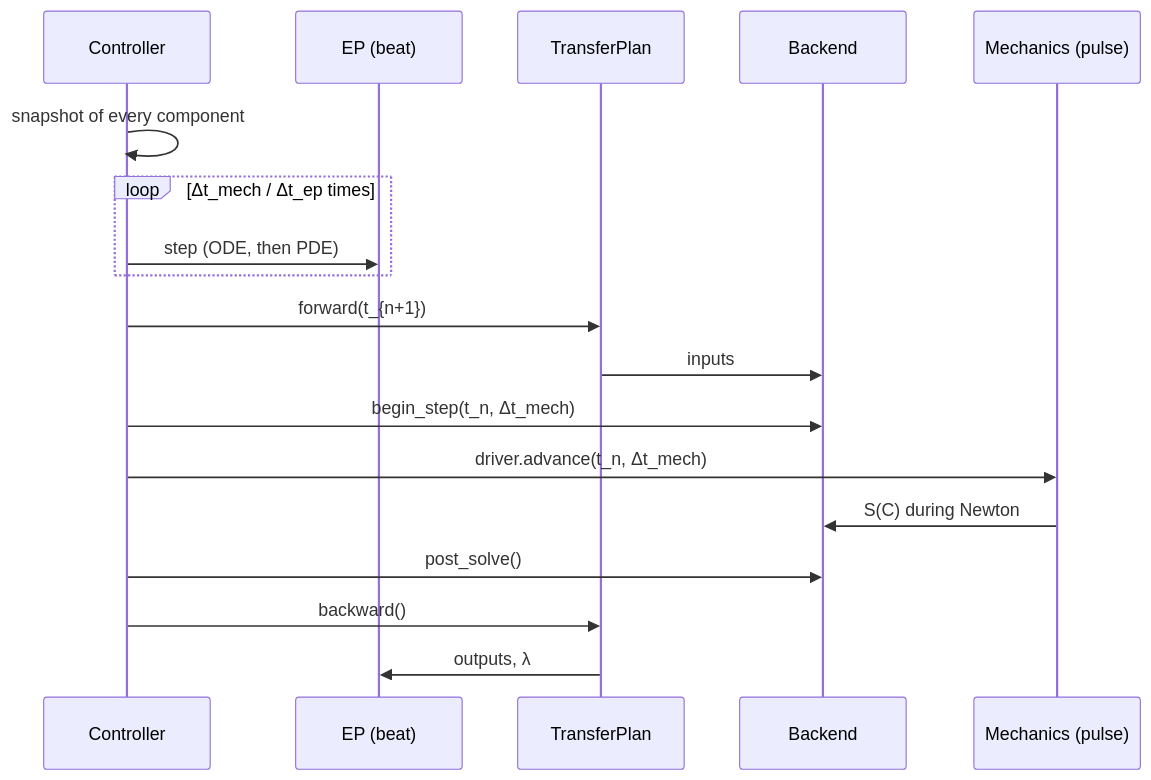
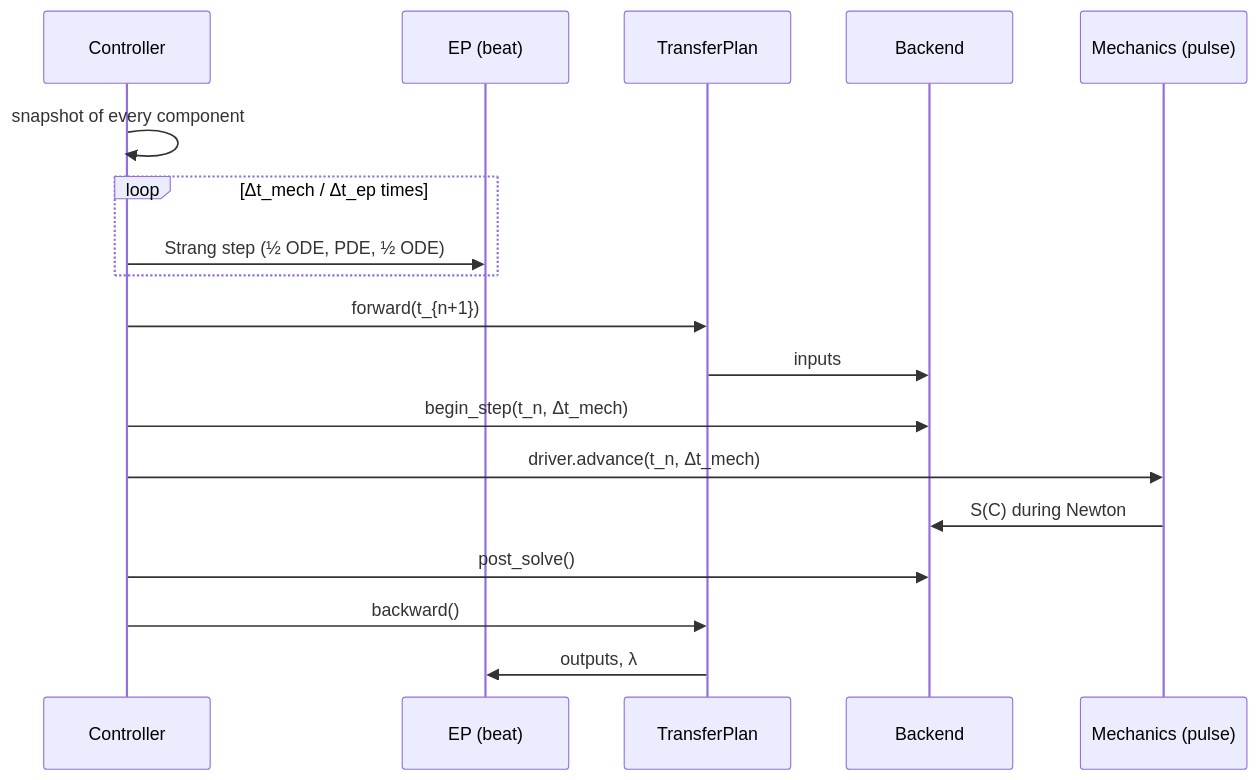
One commit to ComputationalPhysiology/simcardemsx changed the diagram in docs/guide/overview.md. Above: the diagram before and after it, drawn with Mermaid. The commit also changed other lines of this file and 27 other files, not shown here.

````diff
--- a/docs/guide/overview.md
+++ b/docs/guide/overview.md
@@ -56,20 +56,20 @@
 ```{mermaid}
 sequenceDiagram
     participant C as Controller
     participant EP as EP (beat)
     participant T as TransferPlan
     participant B as Backend
     participant M as Mechanics (pulse)
     C->>C: snapshot of every component
     loop Δt_mech / Δt_ep times
-        C->>EP: step (ODE, then PDE)
+        C->>EP: Strang step (½ ODE, PDE, ½ ODE)
     end
     C->>T: forward(t_{n+1})
     T->>B: inputs
     C->>B: begin_step(t_n, Δt_mech)
     C->>M: driver.advance(t_n, Δt_mech)
     M->>B: S(C) during Newton
     C->>B: post_solve()
     C->>T: backward()
     T->>EP: outputs, λ
 ```
````
